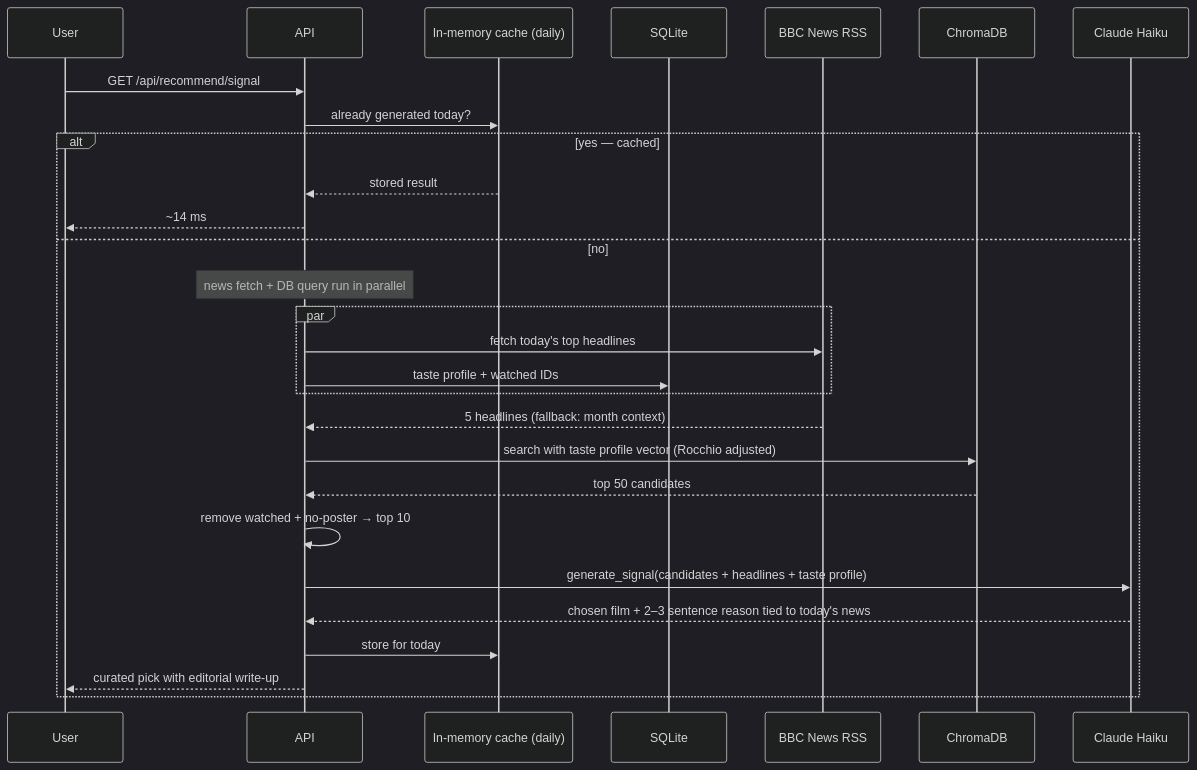
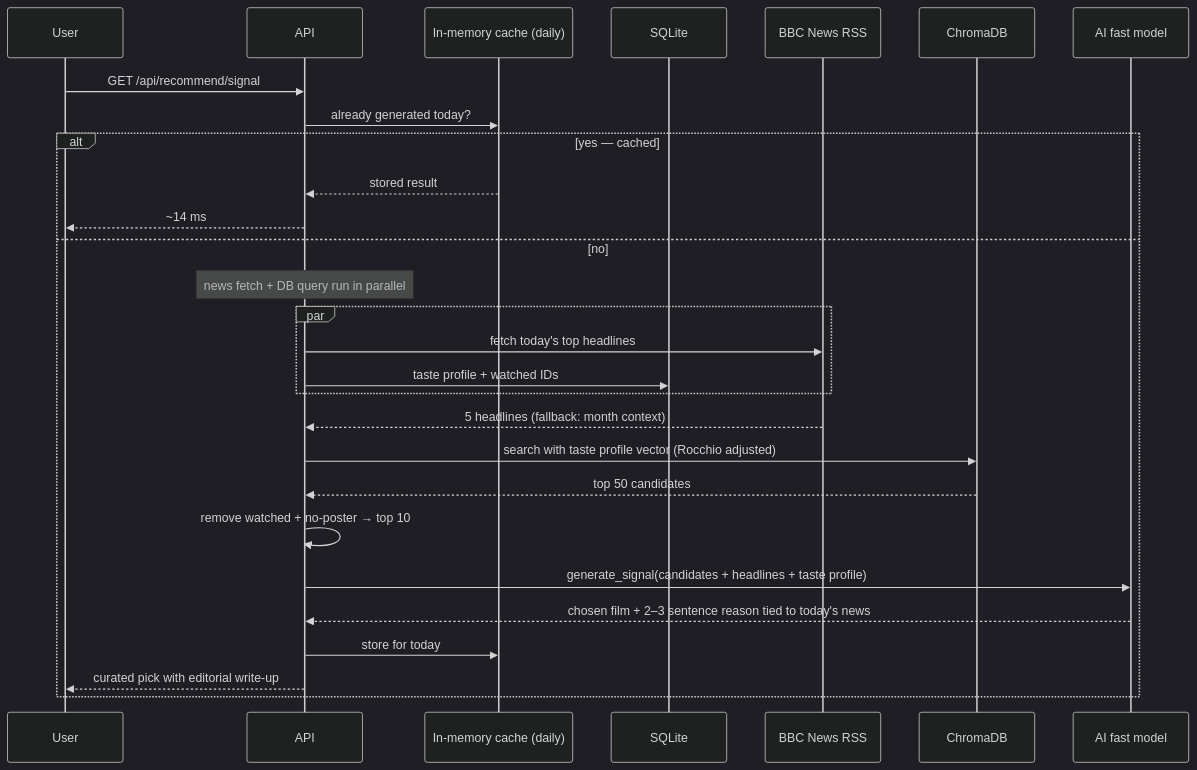
Before and after one commit to albaroca1503/Kuleshov-Lab: the third of 3 diagrams in README.md, drawn with Mermaid (dark theme). The commit also changed other lines of this file and 5 other files, not shown here.

````diff
--- a/README.md
+++ b/README.md
@@ -106,31 +106,31 @@
 ```mermaid
 sequenceDiagram
     participant User
     participant API
     participant Cache as In-memory cache (daily)
     participant DB as SQLite
     participant RSS as BBC News RSS
     participant VDB as ChromaDB
-    participant Haiku as Claude Haiku
+    participant Fast as AI fast model
 
     User->>API: GET /api/recommend/signal
     API->>Cache: already generated today?
     alt yes — cached
         Cache-->>API: stored result
         API-->>User: ~14 ms
     else no
         note over API: news fetch + DB query run in parallel
         par
             API->>RSS: fetch today's top headlines
             API->>DB: taste profile + watched IDs
         end
         RSS-->>API: 5 headlines (fallback: month context)
         API->>VDB: search with taste profile vector (Rocchio adjusted)
         VDB-->>API: top 50 candidates
         API->>API: remove watched + no-poster → top 10
-        API->>Haiku: generate_signal(candidates + headlines + taste profile)
-        Haiku-->>API: chosen film + 2–3 sentence reason tied to today's news
+        API->>Fast: generate_signal(candidates + headlines + taste profile)
+        Fast-->>API: chosen film + 2–3 sentence reason tied to today's news
         API->>Cache: store for today
         API-->>User: curated pick with editorial write-up
     end
 ```
````
